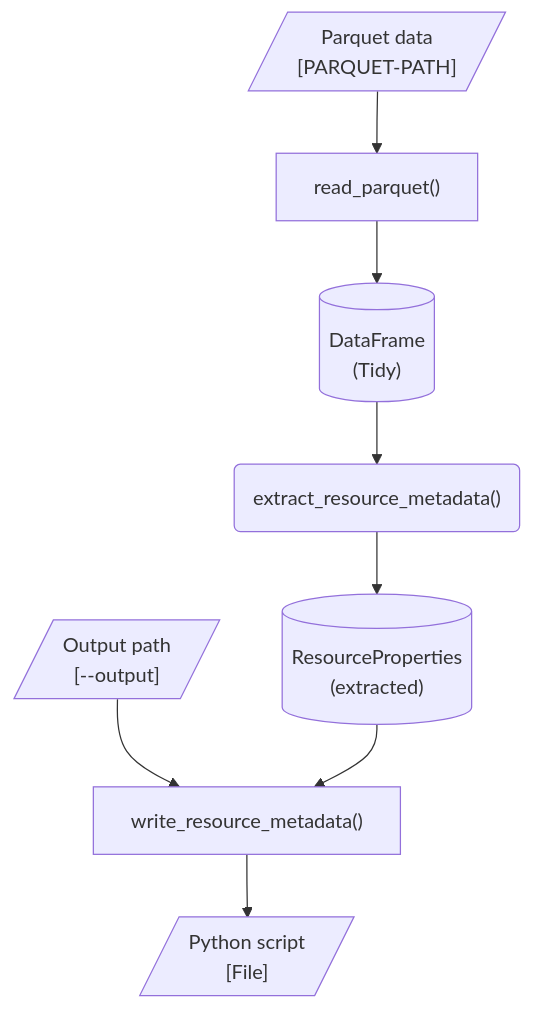
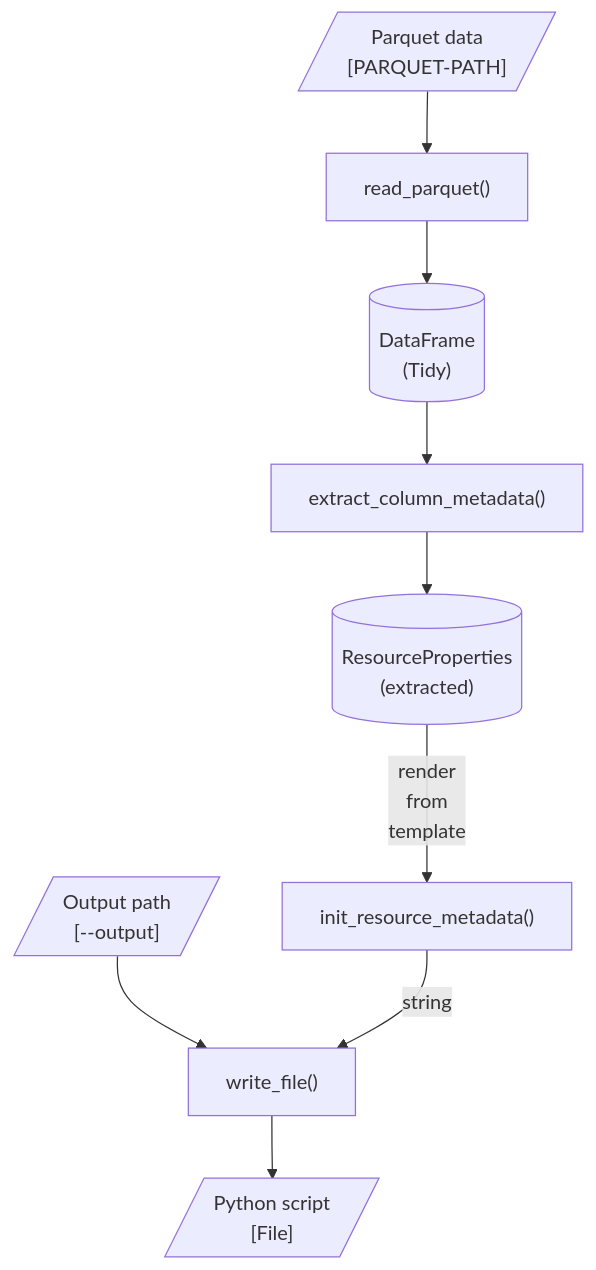
Before and after one commit to seedcase-project/seedcase-sprout: the first of 2 diagrams in docs/design/interface/python.qmd, drawn with Mermaid. The commit also changed other lines of this file, not shown here.

````diff
--- a/docs/design/interface/python.qmd
+++ b/docs/design/interface/python.qmd
@@ -20,26 +20,27 @@
 ```{mermaid}
 %%| label: fig-flow-extract-resource-metadata
 %%| fig-cap: >-
 %%|   Diagram showing the flow of objects and functions to extract a resource's
 %%|   metadata from data.
 %%| fig-alt: >-
 %%|   A flow diagram showing the steps to extract resource metadata from a
 %%|   Parquet file.
 
 flowchart
     parquet[/"Parquet data<br>[PARQUET-PATH]"/]
     read_parquet["read_parquet()"]
     output_opt[/"Output path<br>[--output]"/]
     output[/"Python script<br>[File]"/]
     data[("DataFrame<br>(Tidy)")]
-    extract_resource_metadata("extract_resource_metadata()")
+    extract_metadata["extract_column_metadata()"]
     metadata[("ResourceProperties<br>(extracted)")]
+    init_metadata["init_resource_metadata()"]
 
     parquet --> read_parquet
     read_parquet --> data
-    data --> extract_resource_metadata
-    extract_resource_metadata --> metadata
-    output_opt --> write_metadata["write_resource_metadata()"]
-    metadata --> write_metadata
-    write_metadata --> output
+    data --> extract_metadata
+    extract_metadata --> metadata -->|render<br>from<br>template| init_metadata
+    output_opt --> write["write_file()"]
+    init_metadata -->|string| write
+    write --> output
 ```
````
